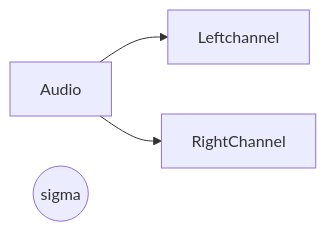
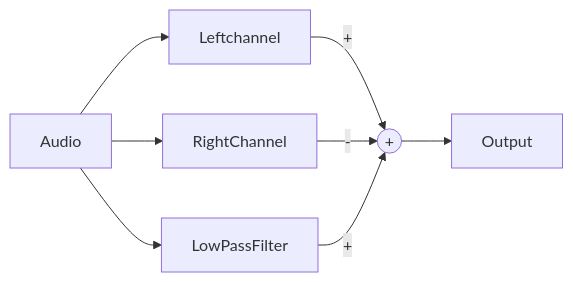
The third of 3 diagrams in Karaoke/karaoke.md (Nithin1506200/readme), drawn with Mermaid before and after one commit.

````diff
--- a/Karaoke/karaoke.md
+++ b/Karaoke/karaoke.md
@@ -66,8 +66,13 @@
 ```mermaid
 graph LR
 
 Aud[Audio]-->L[Leftchannel]
 Aud-->R[RightChannel]
-Sub((sigma))
+Sub((+))
+L-->|+| Sub
+R-->|-| Sub
+Aud-->LowPassFilter
+LowPassFilter-->|+|Sub
+Sub-->Output
 
 ```
````
